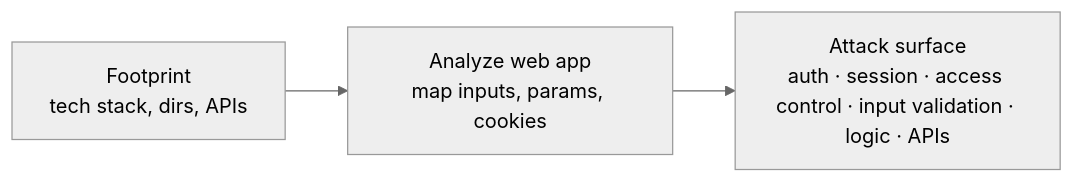
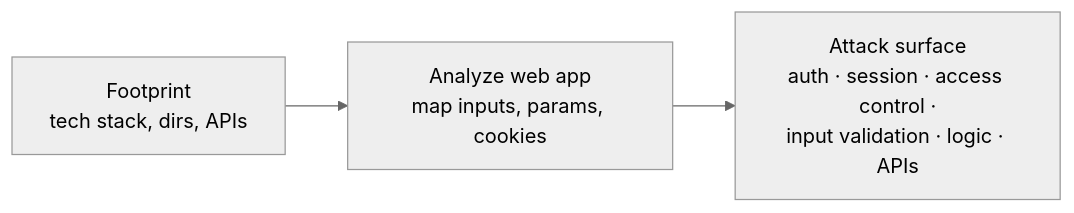
One commit to morandeirachema/CyberCerts changed the diagram in certs/ceh/modules/14-hacking-web-applications/README.md. Above: the diagram before and after it, drawn with Mermaid (neutral theme). The commit also changed other lines of this file and 106 other files, not shown here.

````diff
--- a/certs/ceh/modules/14-hacking-web-applications/README.md
+++ b/certs/ceh/modules/14-hacking-web-applications/README.md
@@ -24,4 +24,4 @@
 ```mermaid
 flowchart LR
-    A["Footprint<br/>tech stack, dirs, APIs"] --> B["Analyze web app<br/>map inputs, params, cookies"] --> C["Attack surface<br/>auth · session · access control · input validation · logic · APIs"]
+    A["Footprint<br/>tech stack, dirs, APIs"] --> B["Analyze web app<br/>map inputs, params, cookies"] --> C["Attack surface<br/>auth · session · access control ·<br/>input validation · logic · APIs"]
 ```
````
